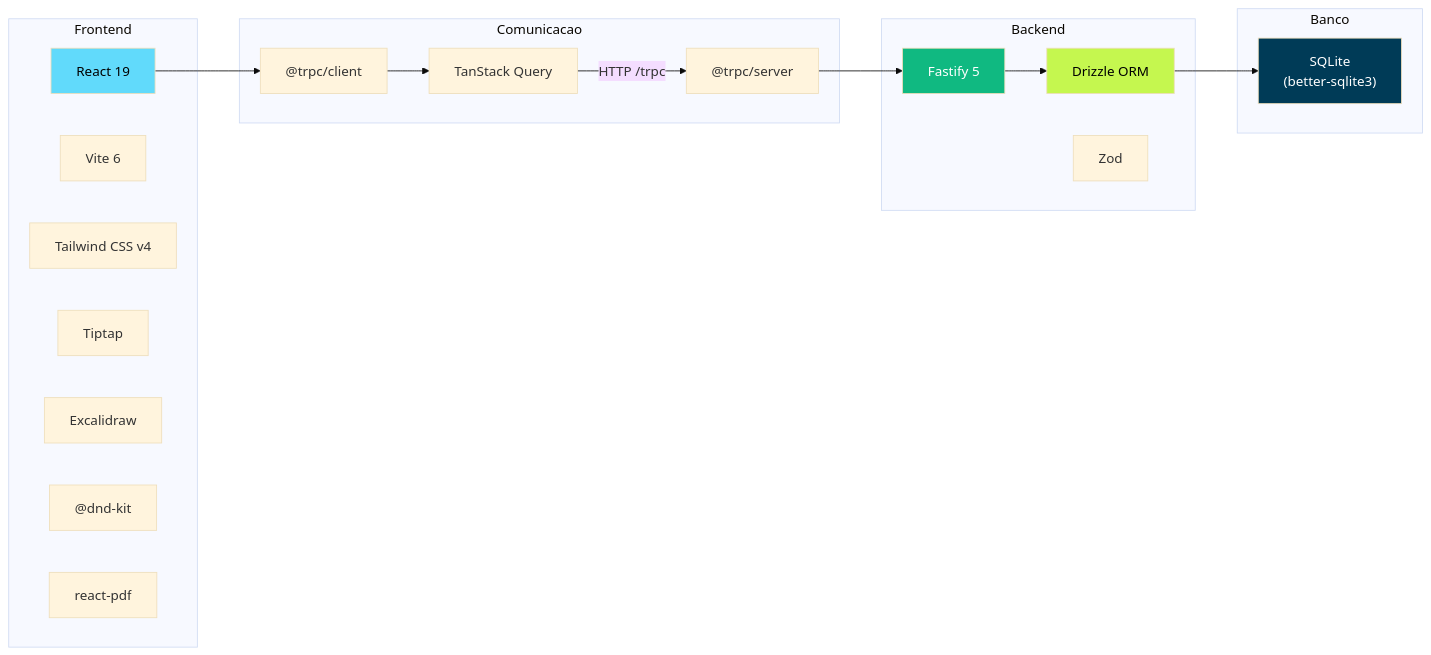
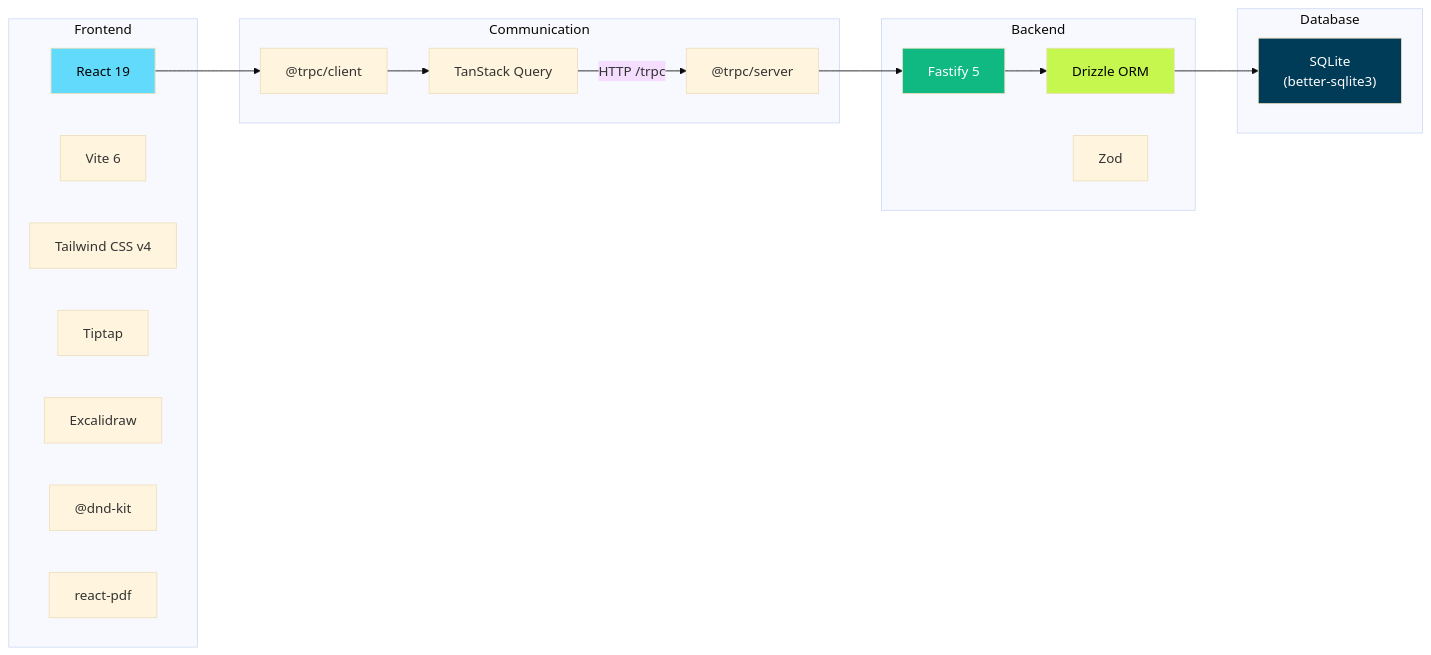
Before and after one commit to JoseJaan/Thoth: the second of 3 diagrams in README.md, drawn with Mermaid (base theme). The commit also changed other lines of this file and 26 other files, not shown here.

````diff
--- a/README.md
+++ b/README.md
@@ -47,40 +47,40 @@
 ```mermaid
 graph LR
     subgraph Frontend
         REACT["React 19"]
         VITE["Vite 6"]
         TW["Tailwind CSS v4"]
         TIPTAP["Tiptap"]
         EXCALIDRAW["Excalidraw"]
         DND["@dnd-kit"]
         RPDF["react-pdf"]
     end
 
-    subgraph Comunicacao
+    subgraph Communication
         TRPC_C["@trpc/client"]
         TQ["TanStack Query"]
         TRPC_S["@trpc/server"]
     end
 
     subgraph Backend
         FASTIFY["Fastify 5"]
         DRIZZLE["Drizzle ORM"]
         ZOD["Zod"]
     end
 
-    subgraph Banco
+    subgraph Database
         SQLITE["SQLite<br/>(better-sqlite3)"]
     end
 
     REACT --> TRPC_C
     TRPC_C --> TQ
     TQ -->|"HTTP /trpc"| TRPC_S
     TRPC_S --> FASTIFY
     FASTIFY --> DRIZZLE
     DRIZZLE --> SQLITE
 
     style REACT fill:#61dafb,color:#000
     style FASTIFY fill:#10b981,color:#fff
     style SQLITE fill:#003b57,color:#fff
     style DRIZZLE fill:#c5f74f,color:#000
 ```
````
